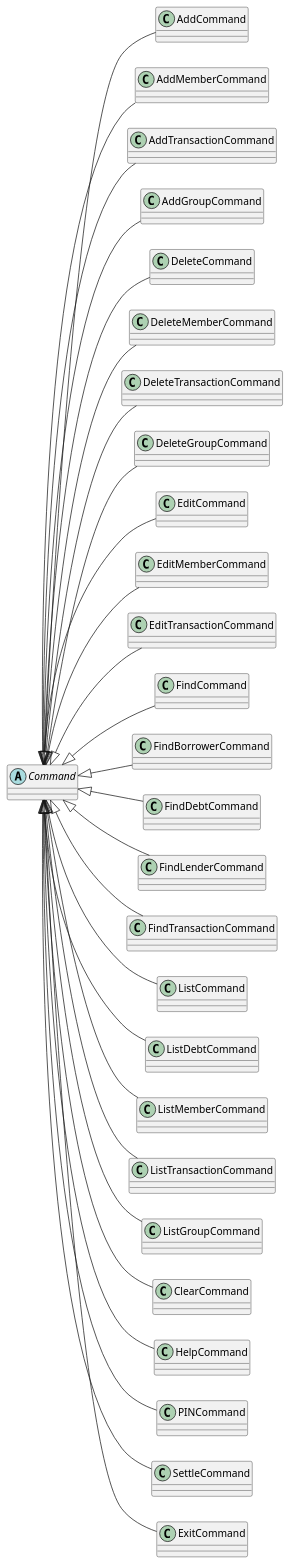
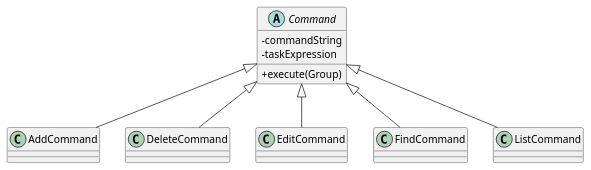
Before and after one commit to jing-xiang/tp: the diagram in docs/diagrams/CommandInheritance.puml, drawn with PlantUML. The commit also changed 2 other files, not shown here.

Commit message:
Update command inheritance diagram

```diff
--- a/docs/diagrams/CommandInheritance.puml
+++ b/docs/diagrams/CommandInheritance.puml
@@ -1,30 +1,13 @@
 @startuml
-left to right direction
-abstract Command
+skinparam classAttributeIconSize 0
+abstract Command {
+ - commandString
+ - taskExpression
+ + execute(Group)
+}
 Command <|-- AddCommand
-Command <|-- AddMemberCommand
-Command <|-- AddTransactionCommand
-Command <|-- AddGroupCommand
 Command <|-- DeleteCommand
-Command <|-- DeleteMemberCommand
-Command <|-- DeleteTransactionCommand
-Command <|-- DeleteGroupCommand
 Command <|-- EditCommand
-Command <|-- EditMemberCommand
-Command <|-- EditTransactionCommand
 Command <|-- FindCommand
-Command <|-- FindBorrowerCommand
-Command <|-- FindDebtCommand
-Command <|-- FindLenderCommand
-Command <|-- FindTransactionCommand
 Command <|-- ListCommand
-Command <|-- ListDebtCommand
-Command <|-- ListMemberCommand
-Command <|-- ListTransactionCommand
-Command <|-- ListGroupCommand
-Command <|-- ClearCommand
-Command <|-- HelpCommand
-Command <|-- PINCommand
-Command <|-- SettleCommand
-Command <|-- ExitCommand
 @enduml
```
